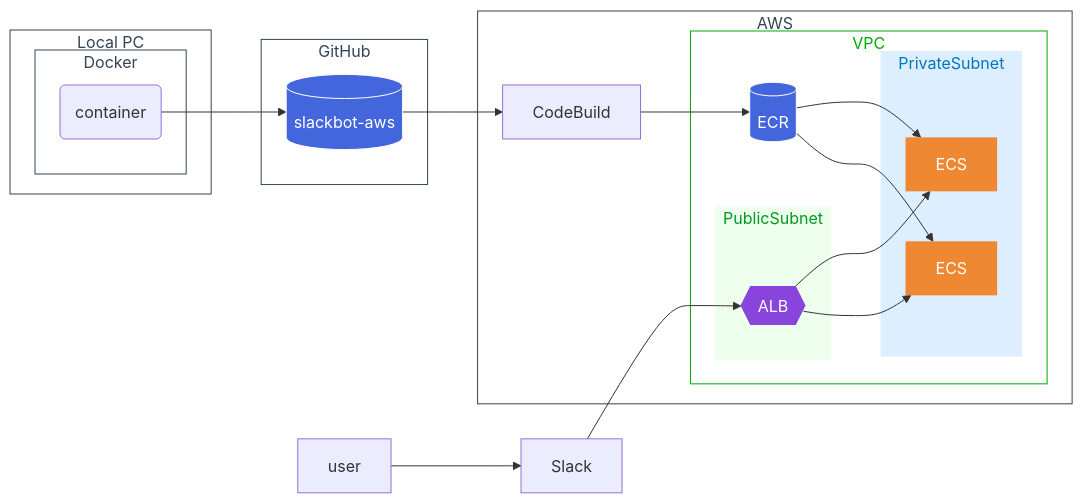
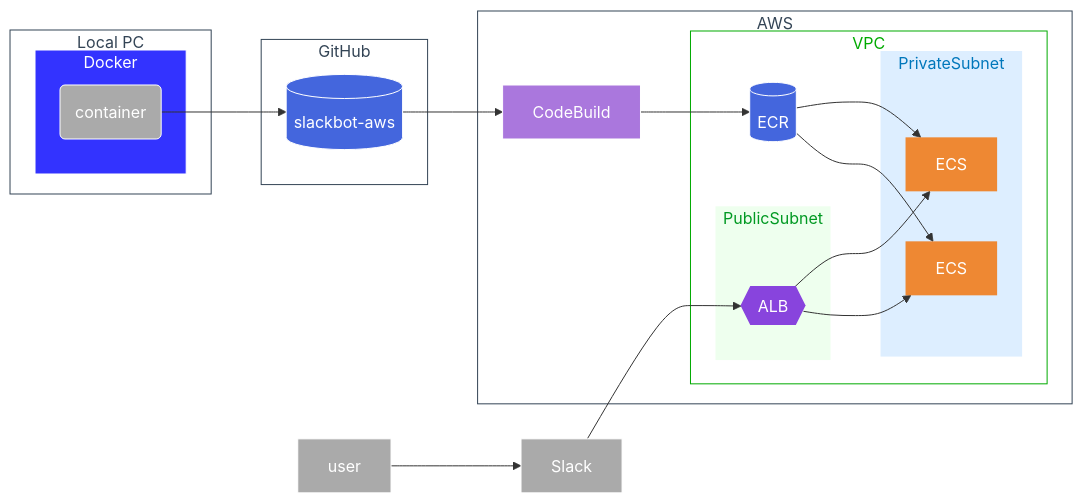
Before and after one commit to yuta3003/slackbot-aws: the diagram in README.md, drawn with Mermaid.

Commit message:
:memo: color追加

````diff
--- a/README.md
+++ b/README.md
@@ -14,70 +14,77 @@
 ```mermaid
 flowchart LR
 
 subgraph PC[Local PC]
   subgraph Docker[Docker]
     Container("container")
   end
 end
 
 subgraph GitHub[GitHub]
   Repository[(slackbot-aws)]
 end
 
 subgraph AWS[AWS]
   CodeBuild[CodeBuild]
   subgraph VPC[VPC]
     ECR[(ECR)]
     subgraph PrivateSubnet[PrivateSubnet]
       ECS1[ECS]
       ECS2[ECS]
     end
     subgraph PublicSubnet[PublicSubnet]
       ALB{{ALB}}
     end
   end
 end
 
 USER[user]
 SLACK[Slack]
 
 %%サービス同士の関係
 Container --> Repository
 Repository --> CodeBuild
 CodeBuild --> ECR
 ECR --> ECS1
 ECR --> ECS2
 ALB --> ECS1
 ALB --> ECS2
 USER --> SLACK
 SLACK --> ALB
 
 %%グループのスタイル
 classDef SGroup fill:none,color:#345,stroke:#345
 class PC SGroup
 class Docker SGroup
 class GitHub SGroup
 class AWS SGroup
 
 classDef SPublicSubnet fill:#efe,color:#092,stroke:none
 class PublicSubnet SPublicSubnet
 
 classDef SPrivateSubnet fill:#def,color:#07b,stroke:none
 class PrivateSubnet SPrivateSubnet
 
 classDef SVPC fill:none,color:#0a0,stroke:#0a0
 class VPC SVPC
 
 %%サービスのスタイル
 classDef SService fill:#aaa,color:#fff,stroke:#fff
-class OU1,OUS SService
+class USER,SLACK,Container SService
 
 classDef SCP fill:#e83,color:#fff,stroke:none
 class ECS1,ECS2 SCP
 
 classDef SNW fill:#84d,color:#fff,stroke:none
 class ALB SNW
 
 classDef SDB fill:#46d,color:#fff,stroke:#fff
 class ECR,Repository SDB
+
+classDef SDevTool fill:#a7d,color:#fff,stroke:#fff
+class CodeBuild SDevTool
+
+classDef SDocker fill:#33f,color:#fff,stroke:#fff
+class Docker SDocker
+
 ```
````
